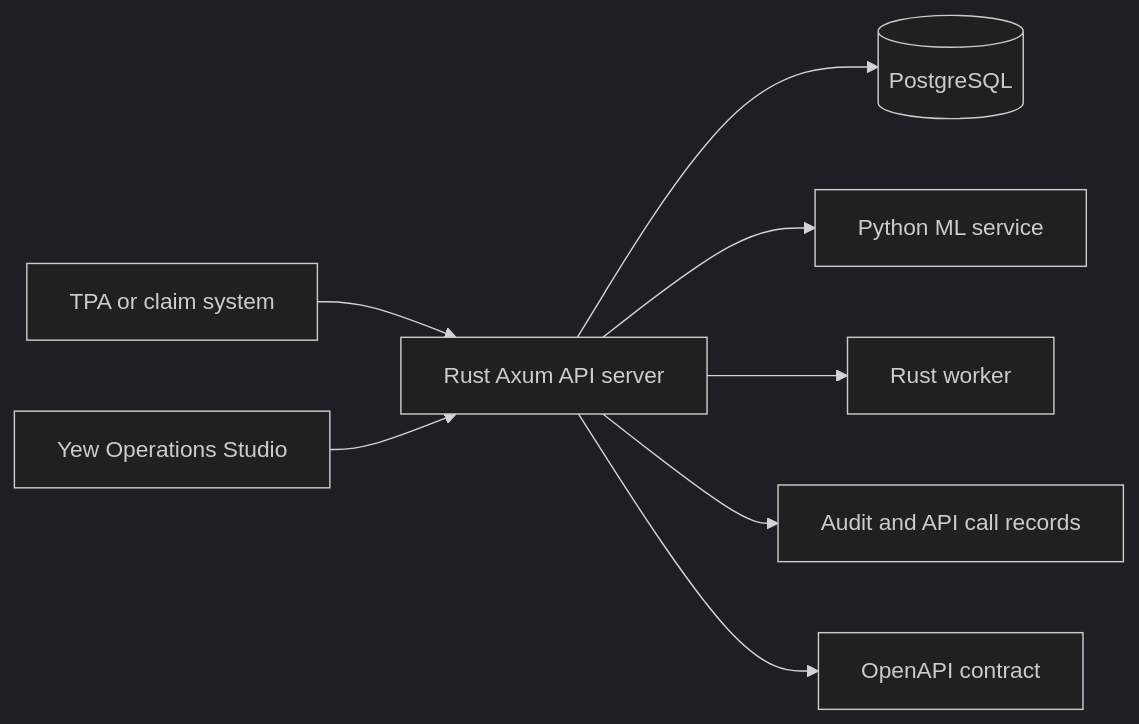
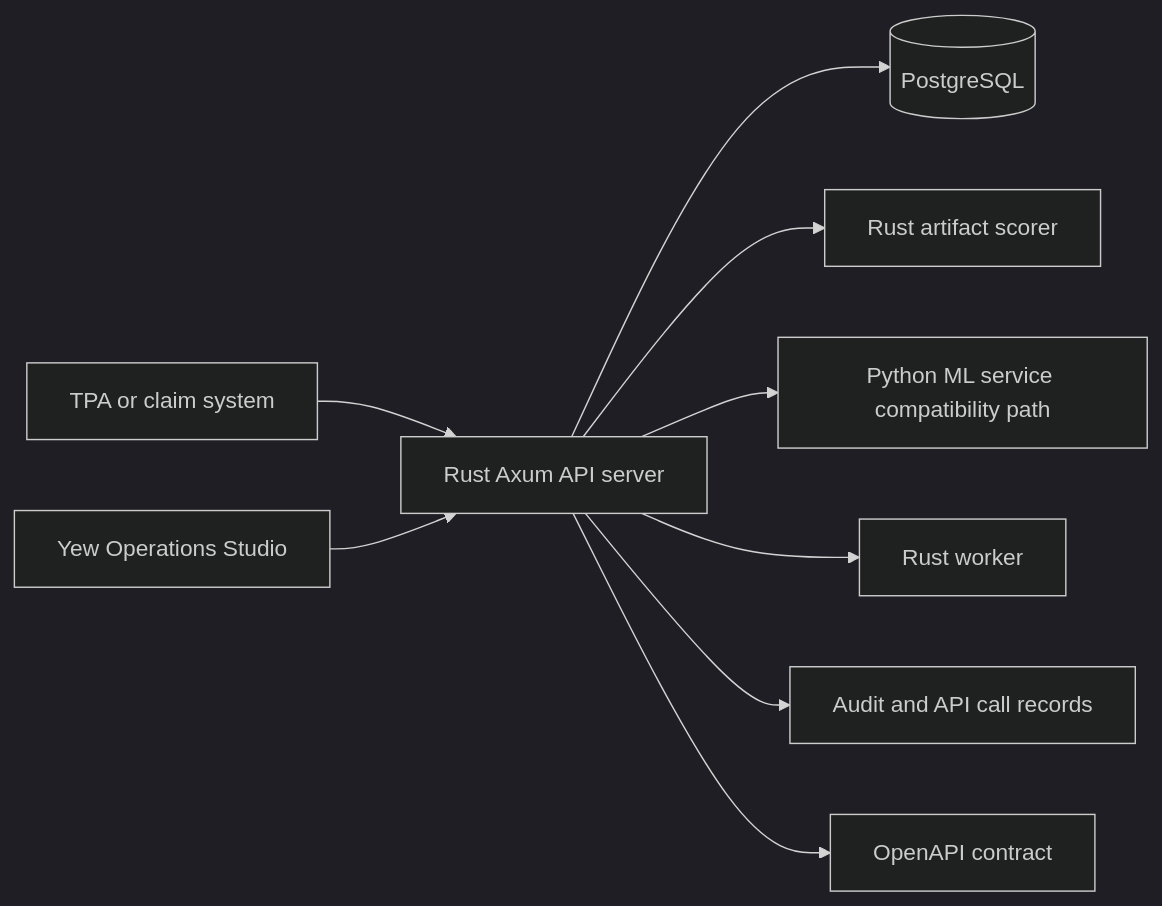
The diagram in docs/project/architecture.md (proerror77/nwfwa), drawn with Mermaid (dark theme) before and after one commit. The commit also changed other lines of this file and 14 other files, not shown here.

Commit message:
Add Rust artifact model scorer

````diff
--- a/docs/project/architecture.md
+++ b/docs/project/architecture.md
@@ -12,10 +12,11 @@
 ```mermaid
 flowchart LR
     TPA[TPA or claim system] --> API[Rust Axum API server]
     API --> DB[(PostgreSQL)]
-    API --> ML[Python ML service]
+    API --> RML[Rust artifact scorer]
+    API --> ML[Python ML service compatibility path]
     API --> Worker[Rust worker]
     Web[Yew Operations Studio] --> API
     API --> Audit[Audit and API call records]
     API --> OpenAPI[OpenAPI contract]
 ```
````
